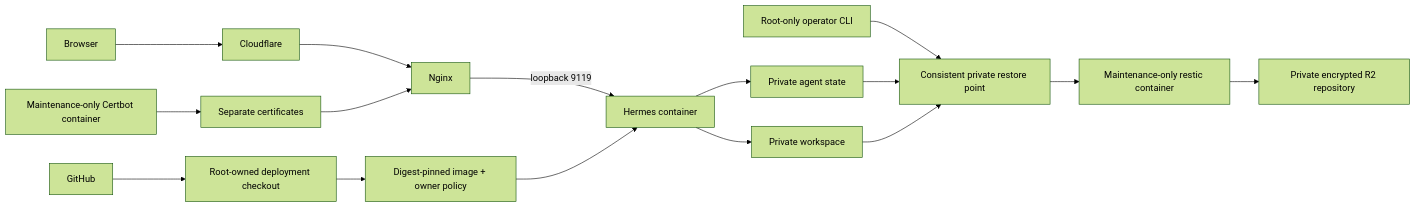
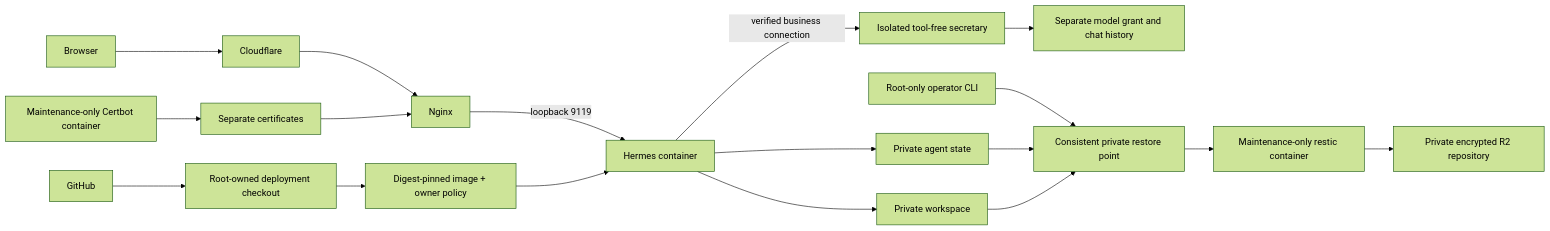
Before and after one commit to zavarovkv/agent-council: the diagram in docs/architecture.md, drawn with Mermaid (forest theme). The commit also changed other lines of this file and 29 other files, not shown here.

Commit message:
Add isolated Telegram secretary and business connection routing

````diff
--- a/docs/architecture.md
+++ b/docs/architecture.md
@@ -7,17 +7,19 @@
 ```mermaid
 flowchart LR
     Browser --> Cloudflare --> Nginx
     Nginx -->|loopback 9119| Hermes[Hermes container]
     Hermes --> State[Private agent state]
     Hermes --> Workspace[Private workspace]
     Certbot[Maintenance-only Certbot container] --> Certificates[Separate certificates]
     Certificates --> Nginx
     GitHub --> Checkout[Root-owned deployment checkout]
     Checkout --> Image[Digest-pinned image + owner policy]
     Image --> Hermes
+    Hermes -->|verified business connection| Secretary[Isolated tool-free secretary]
+    Secretary --> OwnProfile[Separate model grant and chat history]
     Operator[Root-only operator CLI] --> Snapshot[Consistent private restore point]
     State --> Snapshot
     Workspace --> Snapshot
     Snapshot --> Restic[Maintenance-only restic container]
     Restic --> R2[Private encrypted R2 repository]
 ```
````
